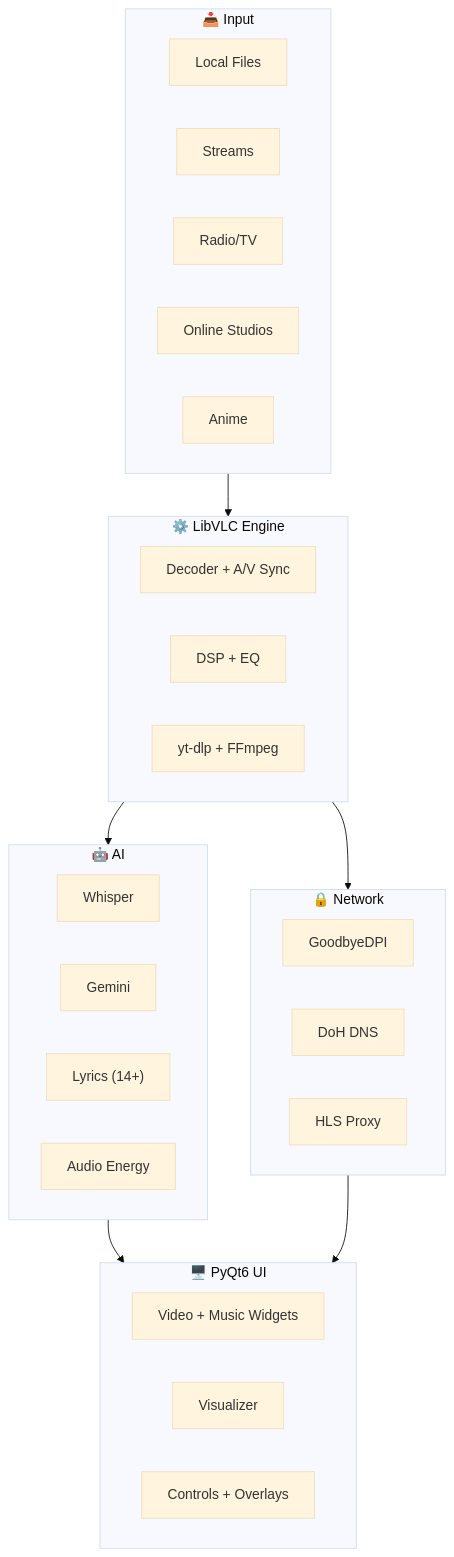
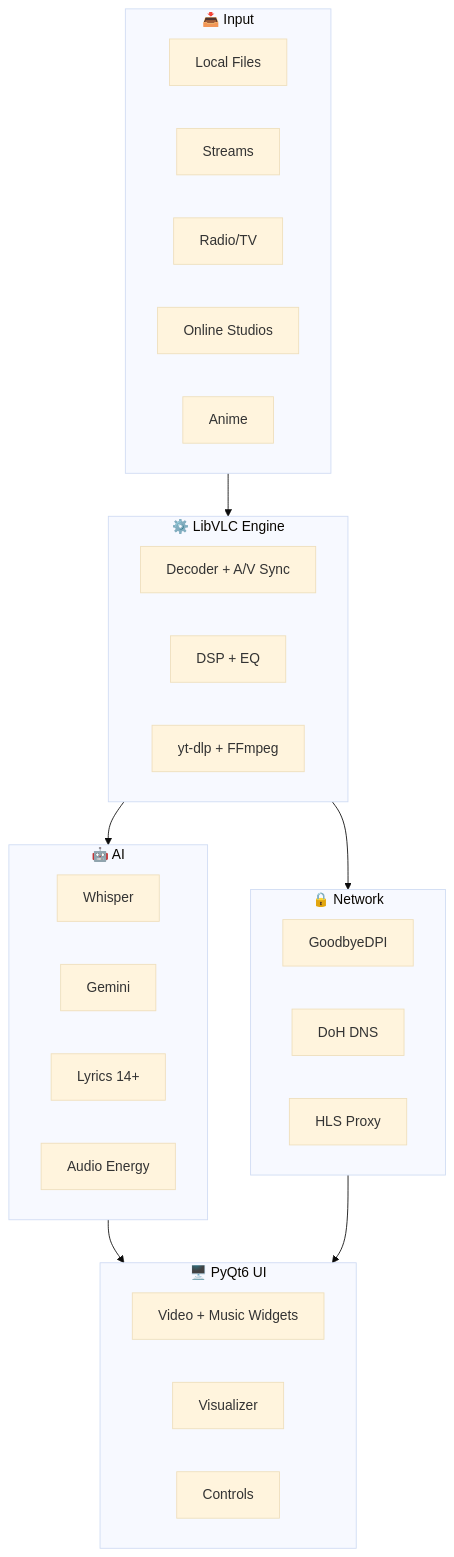
Before and after one commit to sandytalks/SANDYPLAY: the second of 2 diagrams in README.md, drawn with Mermaid (base theme). The commit also changed other lines of this file, not shown here.

````diff
--- a/README.md
+++ b/README.md
@@ -509,21 +475,20 @@
 ```mermaid
 graph TB
     subgraph INPUT["📥 Input"]
         L["Local Files"] & S["Streams"] & R["Radio/TV"] & O["Online Studios"] & AN["Anime"]
     end
     subgraph CORE["⚙️ LibVLC Engine"]
         VLC["Decoder + A/V Sync"] & DSP["DSP + EQ"] & DL["yt-dlp + FFmpeg"]
     end
     subgraph AI["🤖 AI"]
-        W["Whisper"] & G["Gemini"] & LY["Lyrics (14+)"] & AE["Audio Energy"]
+        W["Whisper"] & G["Gemini"] & LY["Lyrics 14+"] & AE["Audio Energy"]
     end
     subgraph NET["🔒 Network"]
         VPN["GoodbyeDPI"] & DOH["DoH DNS"] & PROXY["HLS Proxy"]
     end
     subgraph UI["🖥️ PyQt6 UI"]
-        VW["Video + Music Widgets"] & VIS["Visualizer"] & CB["Controls + Overlays"]
+        VW["Video + Music Widgets"] & VIS["Visualizer"] & CB["Controls"]
     end
     INPUT --> CORE --> AI --> UI
-    CORE --> NET
-    NET --> UI
+    CORE --> NET --> UI
 ```
````
